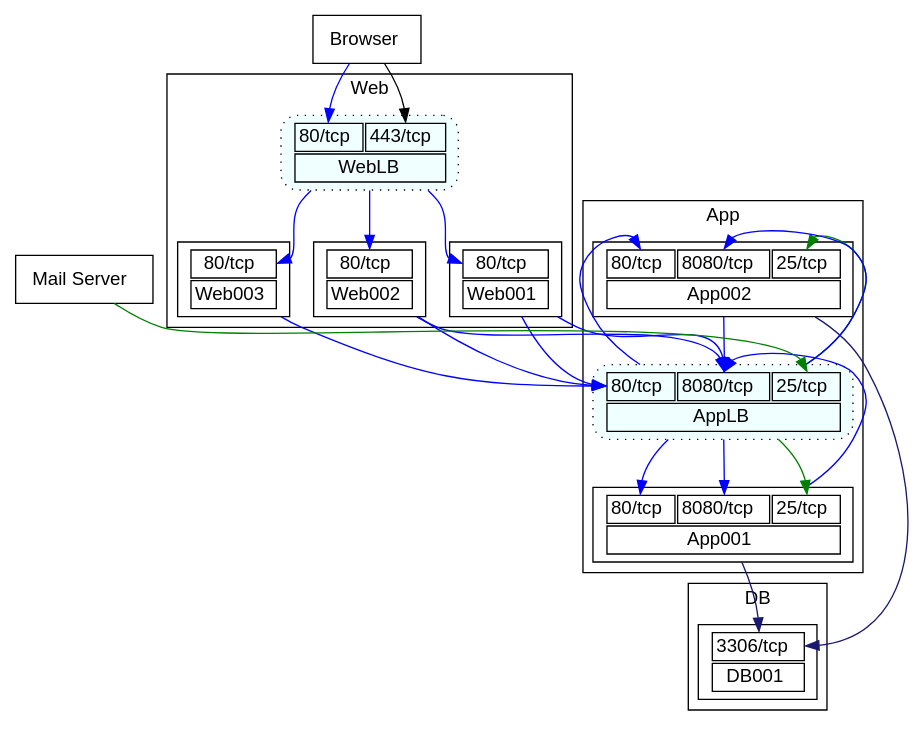
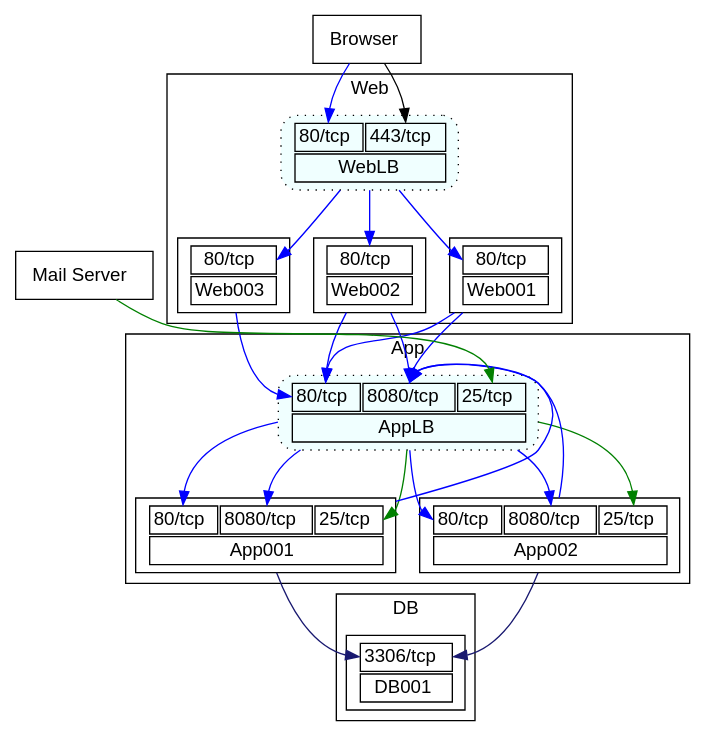
One commit to otahi/network_drawer changed the diagram in examples/simple.dot. Above: the diagram before and after it, drawn with Graphviz. The commit also changed 2 other files, not shown here.

```diff
--- a/examples/simple.dot
+++ b/examples/simple.dot
@@ -1,75 +1,75 @@
 digraph simple {
   subgraph cluster1 {
     label="Web";
     fontname="Helvetica";
-    3[fontname="Helvetica",shape="box",label=<<table border='0'><tr border='1'><td border='1' port="p80tcp">80/tcp</td></tr><tr border='1'><td border='1' colspan="1">Web003</td></tr></table>>];
+    3[fontname="Helvetica",shape="box",label=<<table border='0'><tr border='1'><td border='1' port="p80tcp">80/tcp</td><td border='1' port="p443tcp">443/tcp</td></tr><tr border='1'><td border='1' colspan="2">WebLB</td></tr></table>>,tooltip="WebLB",URL="https://github.com/otahi/network_drawer/",style="rounded,filled,dotted",fillcolor="azure"];
   }
   subgraph cluster1 {
     label="Web";
     fontname="Helvetica";
-    4[fontname="Helvetica",shape="box",label=<<table border='0'><tr border='1'><td border='1' port="p80tcp">80/tcp</td></tr><tr border='1'><td border='1' colspan="1">Web002</td></tr></table>>];
+    4[fontname="Helvetica",shape="box",label=<<table border='0'><tr border='1'><td border='1' port="p80tcp">80/tcp</td></tr><tr border='1'><td border='1' colspan="1">Web001</td></tr></table>>,tooltip="Web001",URL=""];
   }
   subgraph cluster1 {
     label="Web";
     fontname="Helvetica";
-    5[fontname="Helvetica",shape="box",label=<<table border='0'><tr border='1'><td border='1' port="p80tcp">80/tcp</td></tr><tr border='1'><td border='1' colspan="1">Web001</td></tr></table>>];
+    5[fontname="Helvetica",shape="box",label=<<table border='0'><tr border='1'><td border='1' port="p80tcp">80/tcp</td></tr><tr border='1'><td border='1' colspan="1">Web002</td></tr></table>>,tooltip="Web002",URL=""];
   }
   subgraph cluster1 {
     label="Web";
     fontname="Helvetica";
-    6[fontname="Helvetica",shape="box",label=<<table border='0'><tr border='1'><td border='1' port="p80tcp">80/tcp</td><td border='1' port="p443tcp">443/tcp</td></tr><tr border='1'><td border='1' colspan="2">WebLB</td></tr></table>>,style="rounded,filled,dotted",fillcolor="azure"];
+    6[fontname="Helvetica",shape="box",label=<<table border='0'><tr border='1'><td border='1' port="p80tcp">80/tcp</td></tr><tr border='1'><td border='1' colspan="1">Web003</td></tr></table>>,tooltip="Web003",URL=""];
   }
   subgraph cluster3 {
     label="App";
     fontname="Helvetica";
-    7[fontname="Helvetica",shape="box",label=<<table border='0'><tr border='1'><td border='1' port="p80tcp">80/tcp</td><td border='1' port="p8080tcp">8080/tcp</td><td border='1' port="p25tcp">25/tcp</td></tr><tr border='1'><td border='1' colspan="3">App002</td></tr></table>>];
+    7[fontname="Helvetica",shape="box",label=<<table border='0'><tr border='1'><td border='1' port="p80tcp">80/tcp</td><td border='1' port="p8080tcp">8080/tcp</td><td border='1' port="p25tcp">25/tcp</td></tr><tr border='1'><td border='1' colspan="3">AppLB</td></tr></table>>,tooltip="AppLB",URL="",style="rounded,filled,dotted",fillcolor="azure"];
   }
   subgraph cluster3 {
     label="App";
     fontname="Helvetica";
-    8[fontname="Helvetica",shape="box",label=<<table border='0'><tr border='1'><td border='1' port="p80tcp">80/tcp</td><td border='1' port="p8080tcp">8080/tcp</td><td border='1' port="p25tcp">25/tcp</td></tr><tr border='1'><td border='1' colspan="3">App001</td></tr></table>>];
+    8[fontname="Helvetica",shape="box",label=<<table border='0'><tr border='1'><td border='1' port="p80tcp">80/tcp</td><td border='1' port="p8080tcp">8080/tcp</td><td border='1' port="p25tcp">25/tcp</td></tr><tr border='1'><td border='1' colspan="3">App001</td></tr></table>>,tooltip="App001",URL=""];
   }
   subgraph cluster3 {
     label="App";
     fontname="Helvetica";
-    9[fontname="Helvetica",shape="box",label=<<table border='0'><tr border='1'><td border='1' port="p80tcp">80/tcp</td><td border='1' port="p8080tcp">8080/tcp</td><td border='1' port="p25tcp">25/tcp</td></tr><tr border='1'><td border='1' colspan="3">AppLB</td></tr></table>>,style="rounded,filled,dotted",fillcolor="azure"];
+    9[fontname="Helvetica",shape="box",label=<<table border='0'><tr border='1'><td border='1' port="p80tcp">80/tcp</td><td border='1' port="p8080tcp">8080/tcp</td><td border='1' port="p25tcp">25/tcp</td></tr><tr border='1'><td border='1' colspan="3">App002</td></tr></table>>,tooltip="App002",URL=""];
   }
   subgraph cluster4 {
     label="DB";
     fontname="Helvetica";
-    10[fontname="Helvetica",shape="box",label=<<table border='0'><tr border='1'><td border='1' port="p3306tcp">3306/tcp</td></tr><tr border='1'><td border='1' colspan="1">DB001</td></tr></table>>];
+    10[fontname="Helvetica",shape="box",label=<<table border='0'><tr border='1'><td border='1' port="p3306tcp">3306/tcp</td></tr><tr border='1'><td border='1' colspan="1">DB001</td></tr></table>>,tooltip="DB001",URL=""];
   }
   rankdir="TB";
   fontname="Helvetica";
-  1[fontname="Helvetica",shape="box",label=<<table border='0'><tr border='1'><td>Mail Server</td></tr></table>>];
-  2[fontname="Helvetica",shape="box",label=<<table border='0'><tr border='1'><td>Browser</td></tr></table>>];
+  1[fontname="Helvetica",shape="box",label=<<table border='0'><tr border='1'><td>Browser</td></tr></table>>,tooltip="Browser",URL=""];
+  2[fontname="Helvetica",shape="box",label=<<table border='0'><tr border='1'><td>Mail Server</td></tr></table>>,tooltip="Mail Server",URL=""];
+  3;
+  7;
+  4;
+  5;
   6;
+  8;
   9;
-  5;
-  4;
-  3;
-  8;
-  7;
   10;
-  2 -> 6:p80tcp[color="blue"];
-  2 -> 6:p443tcp;
-  1 -> 9:p25tcp[color="green"];
-  6 -> 5:p80tcp[color="blue"];
-  6 -> 4:p80tcp[color="blue"];
-  6 -> 3:p80tcp[color="blue"];
-  5 -> 9:p80tcp[color="blue"];
-  4 -> 9:p80tcp[color="blue"];
-  5 -> 9:p8080tcp[color="blue"];
-  4 -> 9:p8080tcp[color="blue"];
-  3 -> 9:p80tcp[color="blue"];
-  8 -> 9:p8080tcp[color="blue"];
+  1 -> 3:p80tcp[color="blue"];
+  1 -> 3:p443tcp;
+  2 -> 7:p25tcp[color="green"];
+  3 -> 4:p80tcp[color="blue"];
+  3 -> 5:p80tcp[color="blue"];
+  3 -> 6:p80tcp[color="blue"];
+  4 -> 7:p80tcp[color="blue"];
+  5 -> 7:p80tcp[color="blue"];
+  4 -> 7:p8080tcp[color="blue"];
+  5 -> 7:p8080tcp[color="blue"];
+  6 -> 7:p80tcp[color="blue"];
+  8 -> 7:p8080tcp[color="blue"];
+  9 -> 7:p8080tcp[color="blue"];
+  7 -> 8:p25tcp[color="green"];
+  7 -> 8:p80tcp[color="blue"];
+  7 -> 8:p8080tcp[color="blue"];
+  7 -> 9:p25tcp[color="green"];
+  7 -> 9:p80tcp[color="blue"];
   7 -> 9:p8080tcp[color="blue"];
-  9 -> 8:p25tcp[color="green"];
-  9 -> 8:p80tcp[color="blue"];
-  9 -> 8:p8080tcp[color="blue"];
-  9 -> 7:p25tcp[color="green"];
-  9 -> 7:p80tcp[color="blue"];
-  9 -> 7:p8080tcp[color="blue"];
   8 -> 10:p3306tcp[color="midnightblue"];
-  7 -> 10:p3306tcp[color="midnightblue"];
+  9 -> 10:p3306tcp[color="midnightblue"];
 }
```
